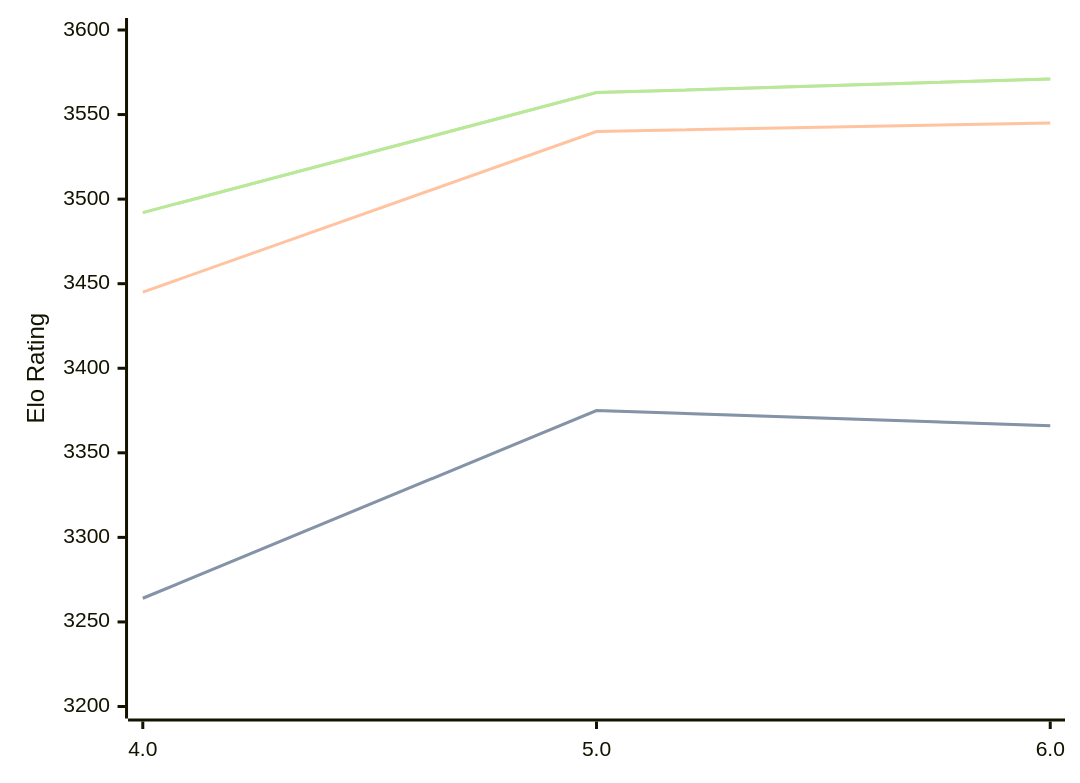
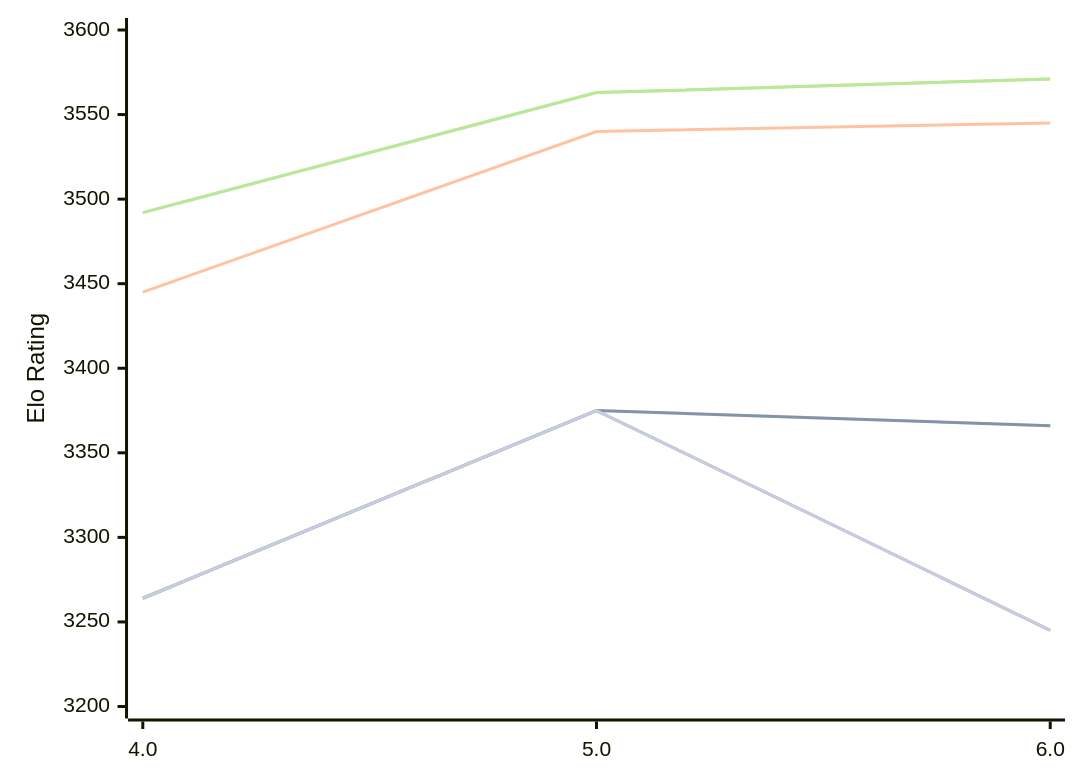
Before and after one commit to computer-chess-index/cci: the diagram in engines/Tarnished.md, drawn with Mermaid. The commit also changed other lines of this file, not shown here.

Commit message:
Update CCI Ratings (ELO VLTC) - 2026-10-11

````diff
--- a/engines/Tarnished.md
+++ b/engines/Tarnished.md
@@ -49,16 +49,13 @@
 ```mermaid
 %%{init: {"theme":"base","themeVariables":{"seriesColors:['#a3a3a3','#222221','#faa371']}}}%%
 xychart-beta
   x-axis ["4.0", "5.0", "6.0"]
   y-axis "Elo Rating" 3200 --> 3600
   line "" [3264, 3375, 3366]
   line "T1: STC (8.0+0.08s)" [3264, 3375, 3366]
   line "T1: LTC (60.0+0.60s)" [3445, 3540, 3545]
   line "" [3492, 3563, 3571]
   line "T1: VLTC (2m24s+1.12s)" [3492, 3563, 3571]
-  line "" [3235]
-  line "E1: STC (8.0+0.08s)" [3235]
-  line "E1: LTC (60.0+0.60s)" [3521]
-  line "" [3556]
-  line "E1: VLTC (2m24s+1.12s)" [3556]
+  line "" [3264, 3375,3245]
+  line "E1: STC (8.0+0.08s)" [3264, 3375,3245]
 ```
````
